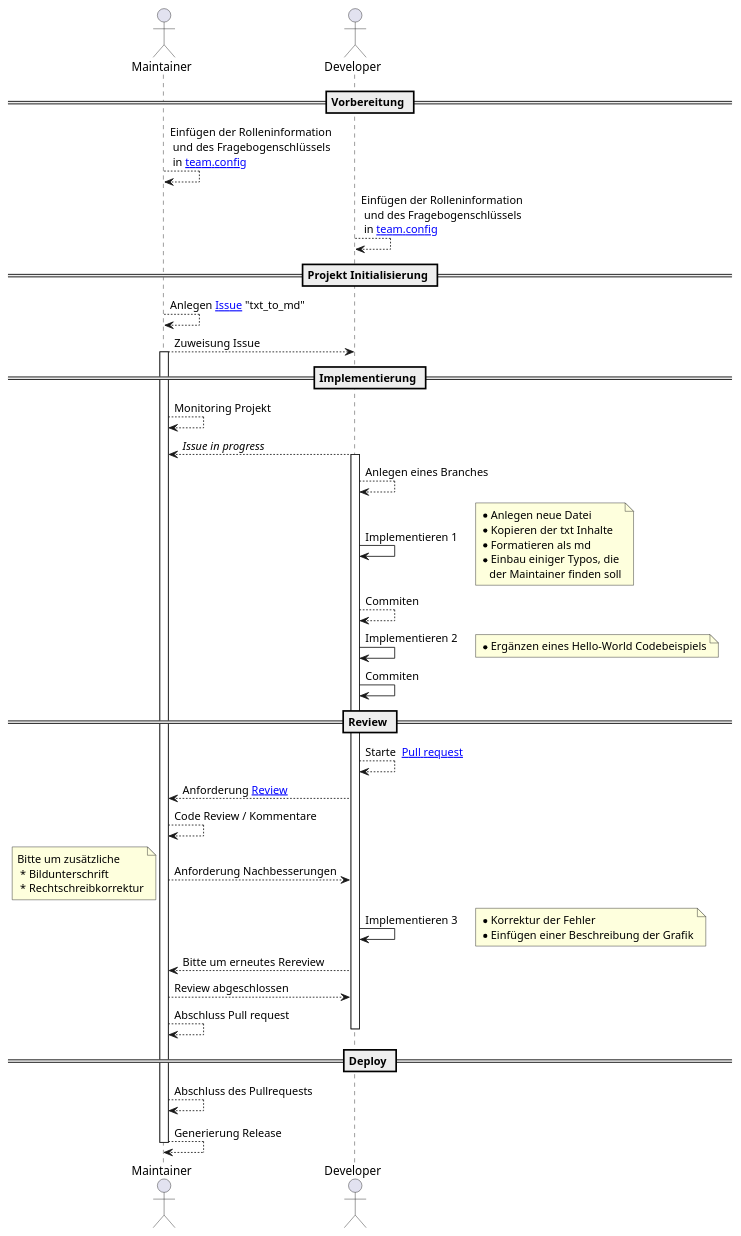
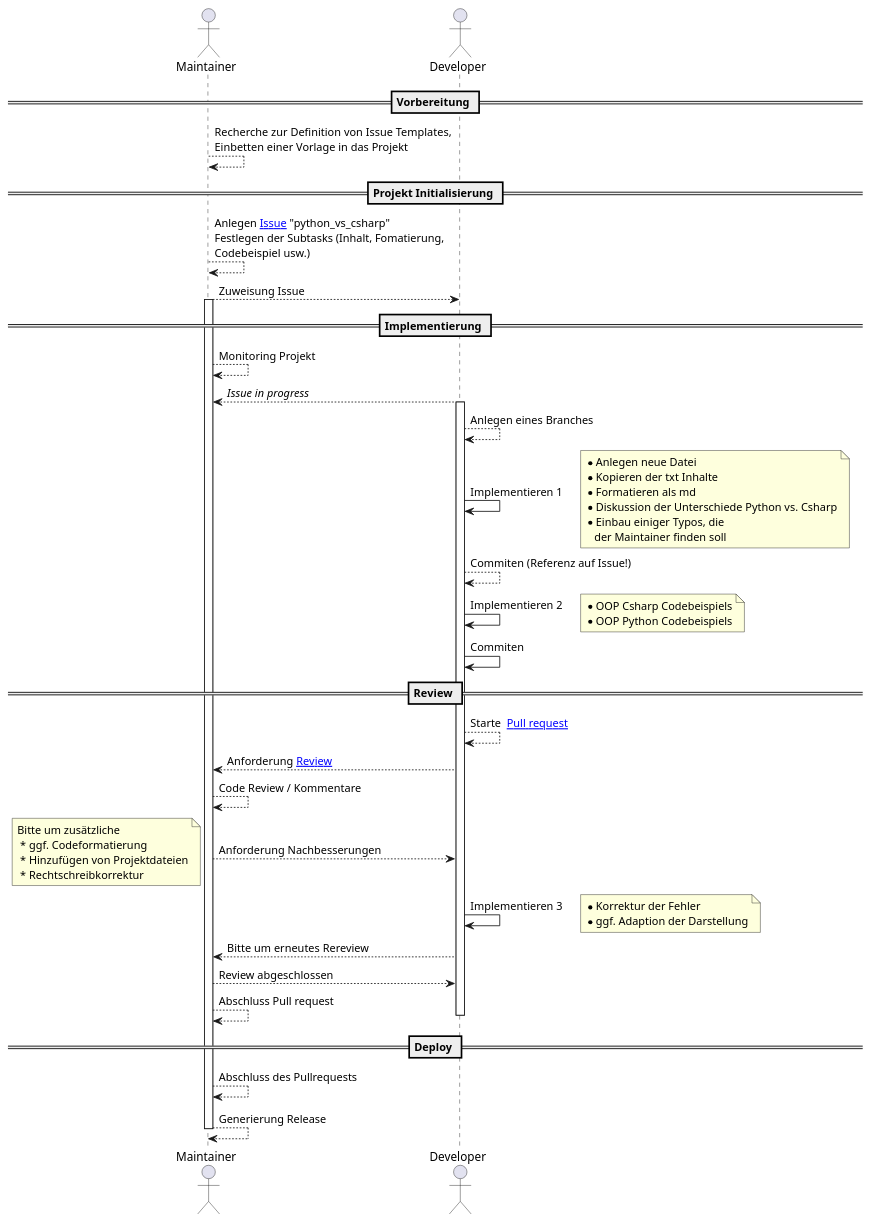
The diagram in .content/sequenceDiagram_0.plantUML (ComputerScienceLecturesTUBAF/SoftwareentwicklungSoSe2023_Aufgabe_03), drawn with PlantUML before and after one commit.

```diff
--- a/.content/sequenceDiagram_0.plantUML
+++ b/.content/sequenceDiagram_0.plantUML
@@ -1,53 +1,55 @@
 @startuml
 actor Maintainer
 actor Developer
 == Vorbereitung ==
-Maintainer --> Maintainer: Einfügen der Rolleninformation\n und des Fragebogenschlüssels\n in [[https://github.com/ComputerScienceLecturesTUBAF/SoftwareentwicklungSoSe2021_Aufgabe_04/blob/main/team.config{Link zur Datei} team.config]]
-Developer --> Developer: Einfügen der Rolleninformation\n und des Fragebogenschlüssels\n in [[https://github.com/ComputerScienceLecturesTUBAF/SoftwareentwicklungSoSe2021_Aufgabe_04/blob/main/team.config{Link zur Datei} team.config]]
+Maintainer --> Maintainer: Recherche zur Definition von Issue Templates, \nEinbetten einer Vorlage in das Projekt
 == Projekt Initialisierung ==
-Maintainer --> Maintainer: Anlegen [[https://guides.github.com/features/issues/{Mastering Issues} Issue]] "txt_to_md"
+Maintainer --> Maintainer: Anlegen [[https://guides.github.com/features/issues/{Mastering Issues} Issue]] "python_vs_csharp"\nFestlegen der Subtasks (Inhalt, Fomatierung, \nCodebeispiel usw.) 
 Maintainer --> Developer:  Zuweisung Issue
 == Implementierung ==
 activate Maintainer
 Maintainer --> Maintainer:  Monitoring Projekt
 Developer --> Maintainer:  //Issue in progress//
 activate Developer
 Developer --> Developer:  Anlegen eines Branches
 Developer -> Developer:  Implementieren 1
 note right
  * Anlegen neue Datei
  * Kopieren der txt Inhalte
  * Formatieren als md
+ * Diskussion der Unterschiede Python vs. Csharp
  * Einbau einiger Typos, die
     der Maintainer finden soll
 end note
-Developer --> Developer:  Commiten
+Developer --> Developer:  Commiten (Referenz auf Issue!)
 Developer -> Developer:  Implementieren 2
 note right
- * Ergänzen eines Hello-World Codebeispiels 
+ * OOP Csharp Codebeispiels 
+ * OOP Python Codebeispiels 
 end note
 Developer -> Developer:  Commiten
 == Review ==
 Developer --> Developer:   Starte  [[https://docs.github.com/en/github/collaborating-with-issues-and-pull-requests/creating-a-pull-request {Guideline Pull request} Pull request]]
 Developer --> Maintainer : Anforderung [[https://docs.github.com/en/github/collaborating-with-issues-and-pull-requests/about-pull-request-reviews#re-requesting-a-review {Guideline Reviews on Github} Review]]
 Maintainer --> Maintainer:  Code Review / Kommentare
 Maintainer --> Developer :  Anforderung Nachbesserungen
 note left
 Bitte um zusätzliche
- * Bildunterschrift
+ * ggf. Codeformatierung
+ * Hinzufügen von Projektdateien
  * Rechtschreibkorrektur
 end note
 Developer -> Developer:  Implementieren 3
 note right
  * Korrektur der Fehler
- * Einfügen einer Beschreibung der Grafik
+ * ggf. Adaption der Darstellung
 end note
 Developer --> Maintainer :  Bitte um erneutes Rereview
 Maintainer --> Developer :  Review abgeschlossen
 Maintainer --> Maintainer:  Abschluss Pull request
 deactivate Developer
 == Deploy ==
 Maintainer --> Maintainer:  Abschluss des Pullrequests
 Maintainer --> Maintainer:  Generierung Release
 deactivate Maintainer
 @enduml
```
